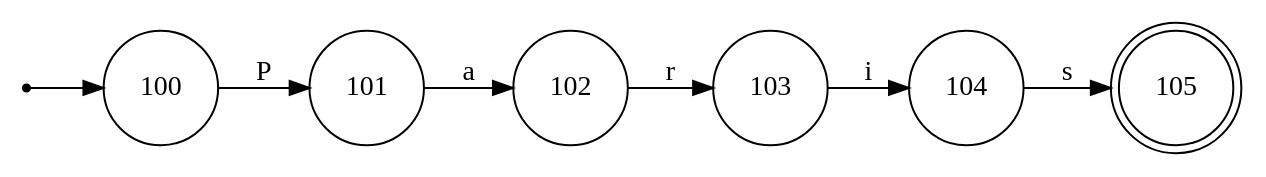
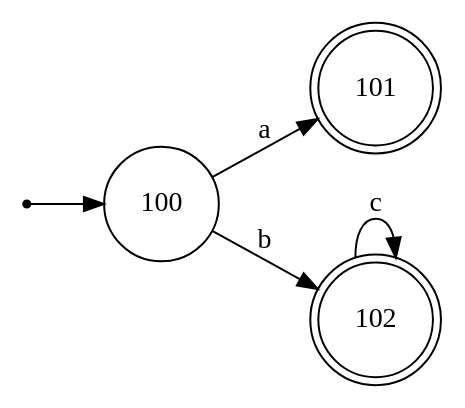
The diagram in automate_out/automateDFA_MINI.dot (zyucccc/DAAR_Petit_Projet), drawn with Graphviz before and after one commit. The commit also changed 3 other files, not shown here.

```diff
--- a/automate_out/automateDFA_MINI.dot
+++ b/automate_out/automateDFA_MINI.dot
@@ -1,12 +1,11 @@
 digraph Automate {
   rankdir=LR;
   node [shape=circle];
   start [shape=point];
   start -> 100;
-  105 [shape=doublecircle];
-  100 -> 101 [label="P"];
-  101 -> 102 [label="a"];
-  102 -> 103 [label="r"];
-  103 -> 104 [label="i"];
-  104 -> 105 [label="s"];
+  101 [shape=doublecircle];
+  102 [shape=doublecircle];
+  100 -> 101 [label="a"];
+  100 -> 102 [label="b"];
+  102 -> 102 [label="c"];
 }
```
